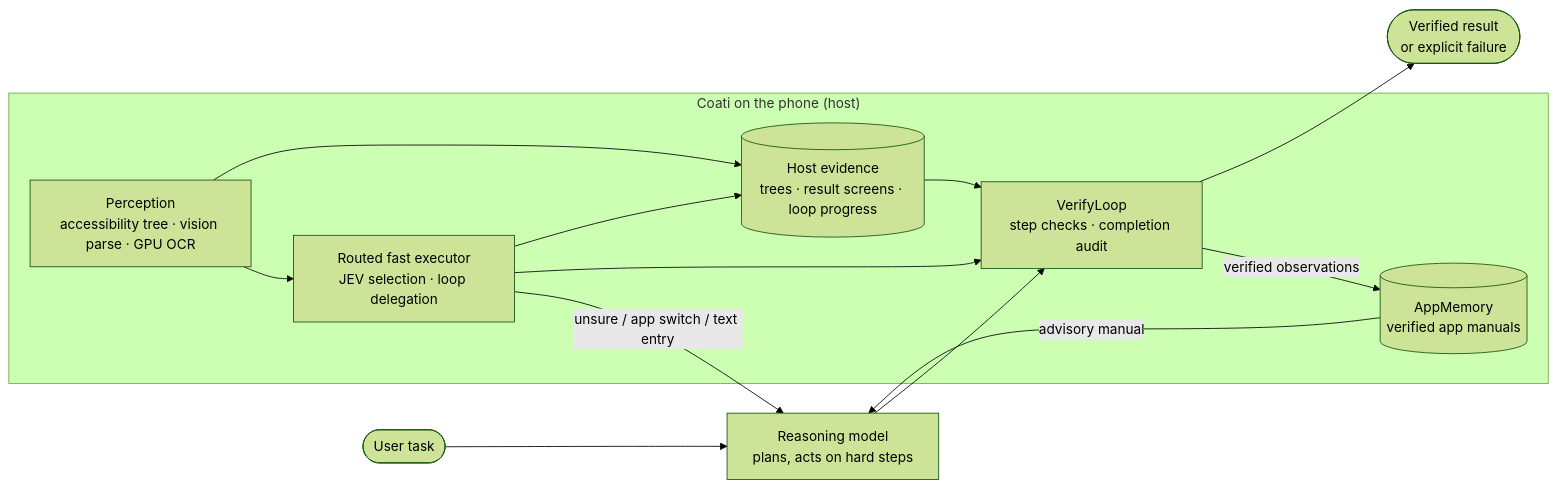
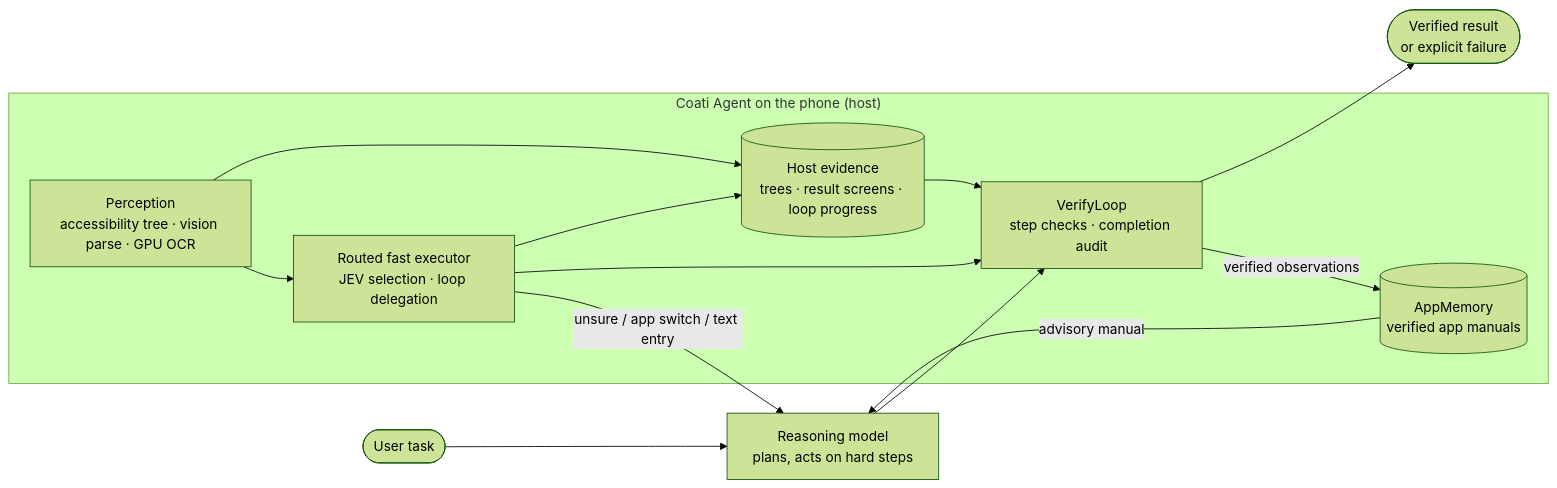
Before and after one commit to RogersSteve/coati-agent: the diagram in README.md, drawn with Mermaid (forest theme). The commit also changed other lines of this file and 4 other files, not shown here.

````diff
--- a/README.md
+++ b/README.md
@@ -137,21 +164,21 @@
 ```mermaid
 flowchart LR
     U([User task]) --> R[Reasoning model<br/>plans, acts on hard steps]
-    subgraph Phone["Coati on the phone (host)"]
+    subgraph Phone["Coati Agent on the phone (host)"]
         P[Perception<br/>accessibility tree · vision parse · GPU OCR]
         F[Routed fast executor<br/>JEV selection · loop delegation]
         V[VerifyLoop<br/>step checks · completion audit]
         M[(AppMemory<br/>verified app manuals)]
         E[(Host evidence<br/>trees · result screens · loop progress)]
     end
     P --> F
     F -- unsure / app switch / text entry --> R
     R --> V
     F --> V
     P --> E
     F --> E
     E --> V
     V -- verified observations --> M
     M -- advisory manual --> R
     V --> D([Verified result<br/>or explicit failure])
 ```
````
